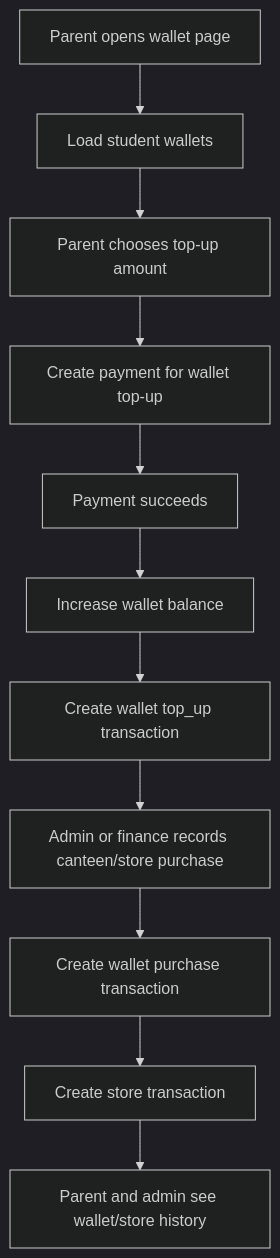
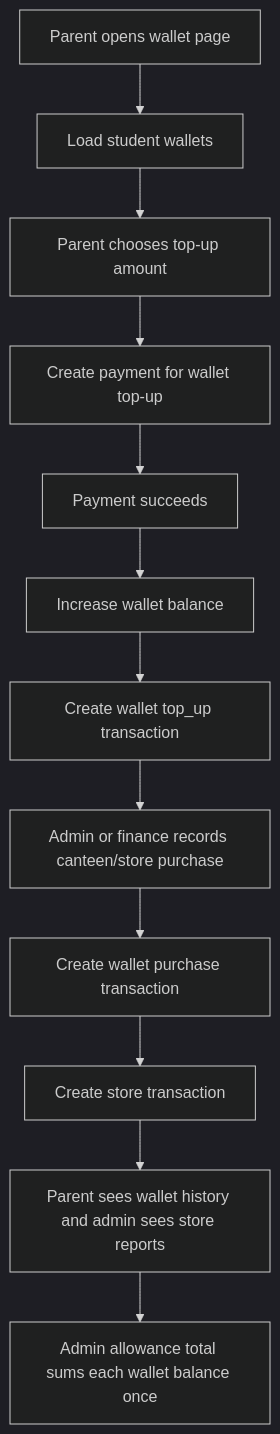
One commit to Xeyn19/xmetapay changed the seventh of 7 diagrams in docs/DATABASE_SCHEMA_PLAN.md. Above: the diagram before and after it, drawn with Mermaid (dark theme). The commit also changed other lines of this file and 14 other files, not shown here.

````diff
--- a/docs/DATABASE_SCHEMA_PLAN.md
+++ b/docs/DATABASE_SCHEMA_PLAN.md
@@ -679,13 +686,14 @@
 ```mermaid
 flowchart TD
   A["Parent opens wallet page"] --> B["Load student wallets"]
   B --> C["Parent chooses top-up amount"]
   C --> D["Create payment for wallet top-up"]
   D --> E["Payment succeeds"]
   E --> F["Increase wallet balance"]
   F --> G["Create wallet top_up transaction"]
   G --> H["Admin or finance records canteen/store purchase"]
   H --> I["Create wallet purchase transaction"]
   I --> J["Create store transaction"]
-  J --> K["Parent and admin see wallet/store history"]
+  J --> K["Parent sees wallet history and admin sees store reports"]
+  K --> L["Admin allowance total sums each wallet balance once"]
 ```
````
